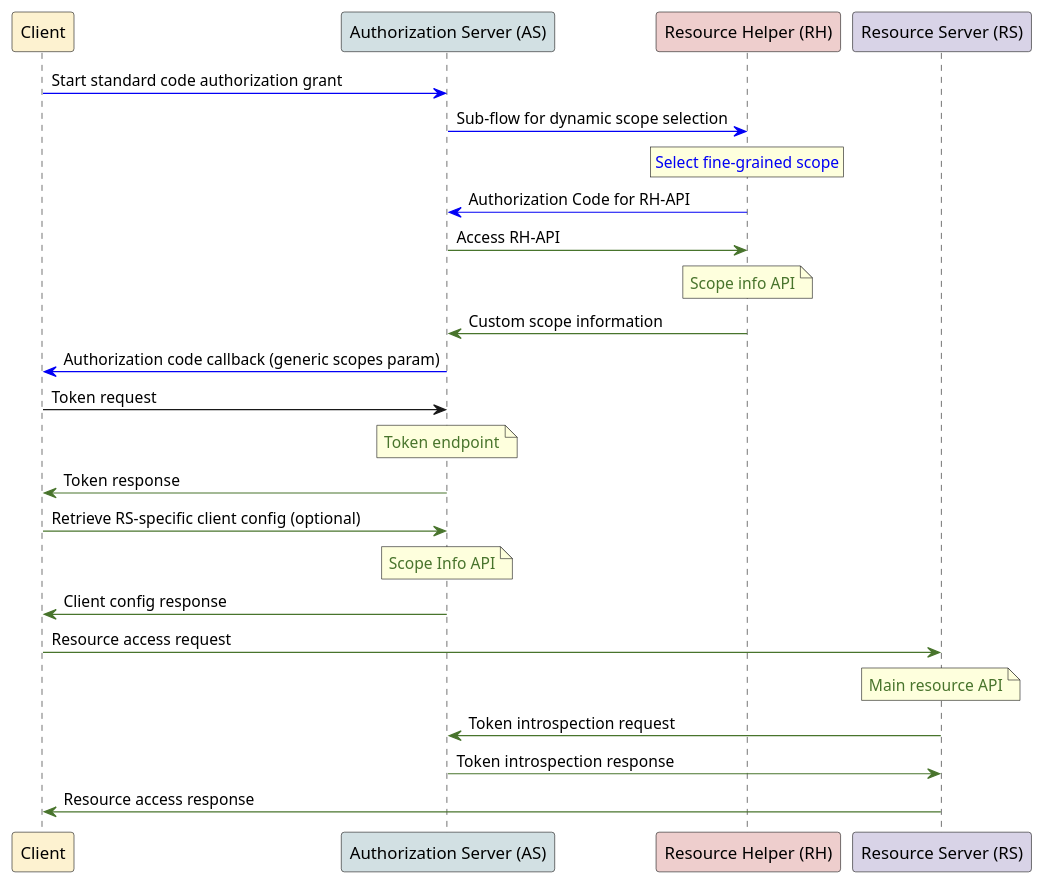
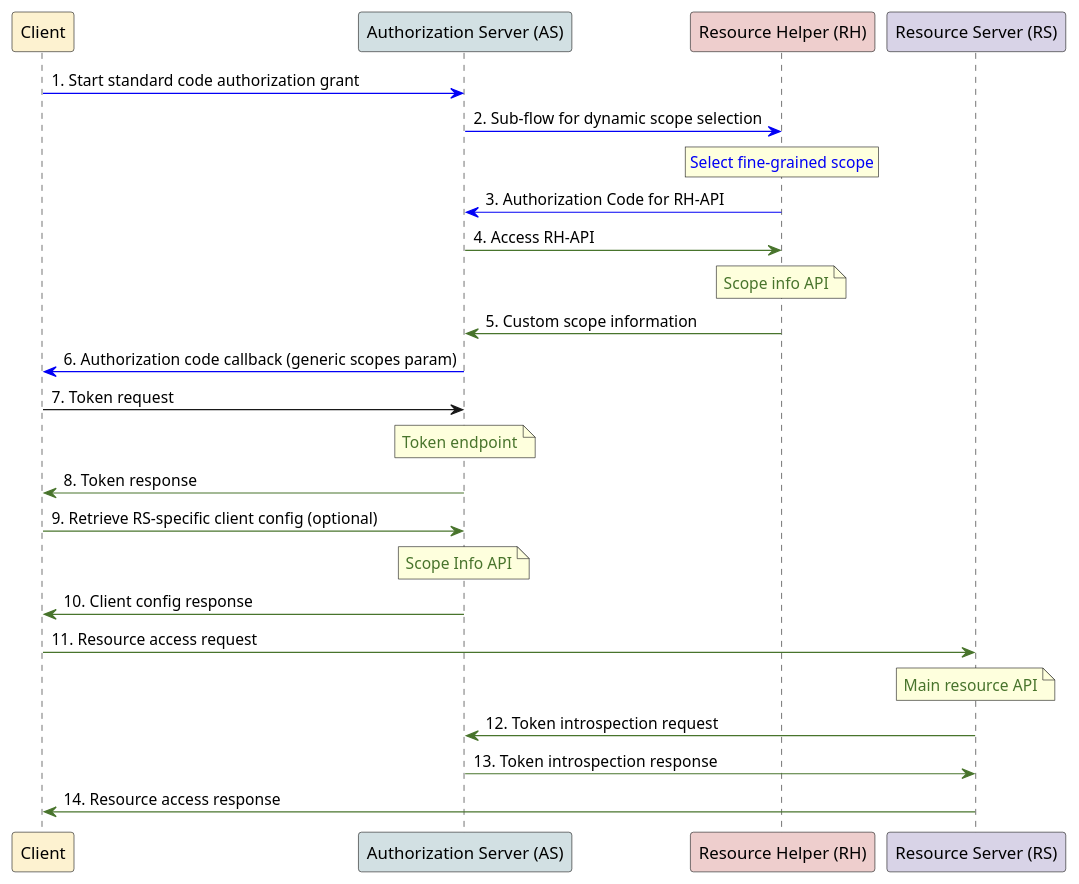
One commit to SURFnet/surf-token-based-access changed the diagram in phase-2/plantuml/swimlanes.puml. Above: the diagram before and after it, drawn with PlantUML.

Commit message:
Number sequence steps

```diff
--- a/phase-2/plantuml/swimlanes.puml
+++ b/phase-2/plantuml/swimlanes.puml
@@ -1,35 +1,35 @@
-@startuml simelanes
+@startuml swimlanes
 participant "Client" as C #fdf2d0
 participant "Authorization Server (AS)" as AS #d2e0e3
 participant "Resource Helper (RH)" as RH #eececd
 participant "Resource Server (RS)" as RS #d8d3e7
-C -[#0200f5]> AS: Start standard code authorization grant
-AS -[#0200f5]> RH: Sub-flow for dynamic scope selection
+C -[#0200f5]> AS: 1. Start standard code authorization grant
+AS -[#0200f5]> RH: 2. Sub-flow for dynamic scope selection
 rnote over RH
   <color #0200f5>Select fine-grained scope</color>
 end note
-RH -[#0200f5]> AS: Authorization Code for RH-API
-AS -[#48742c]> RH: Access RH-API
+RH -[#0200f5]> AS: 3. Authorization Code for RH-API
+AS -[#48742c]> RH: 4. Access RH-API
 note over RH
   <color #48742c>Scope info API</color>
 end note
-RH -[#48742c]> AS: Custom scope information
-AS -[#0200f5]> C: Authorization code callback (generic scopes param)
-C -> AS: Token request
+RH -[#48742c]> AS: 5. Custom scope information
+AS -[#0200f5]> C: 6. Authorization code callback (generic scopes param)
+C -> AS: 7. Token request
 note over AS
   <color #48742c>Token endpoint</color>
 end note
-AS -[#48742c]> C: Token response
-C -[#48742c]> AS: Retrieve RS-specific client config (optional)
+AS -[#48742c]> C: 8. Token response
+C -[#48742c]> AS: 9. Retrieve RS-specific client config (optional)
 note over AS
   <color #48742c>Scope Info API</color>
 end note
-AS -[#48742c]> C: Client config response
-C -[#48742c]> RS: Resource access request
+AS -[#48742c]> C: 10. Client config response
+C -[#48742c]> RS: 11. Resource access request
 note over RS
   <color #48742c>Main resource API</color>
 end note
-RS -[#48742c]> AS: Token introspection request
-AS -[#48742c]> RS: Token introspection response
-RS -[#48742c]> C: Resource access response
+RS -[#48742c]> AS: 12. Token introspection request
+AS -[#48742c]> RS: 13. Token introspection response
+RS -[#48742c]> C: 14. Resource access response
 @enduml
```
